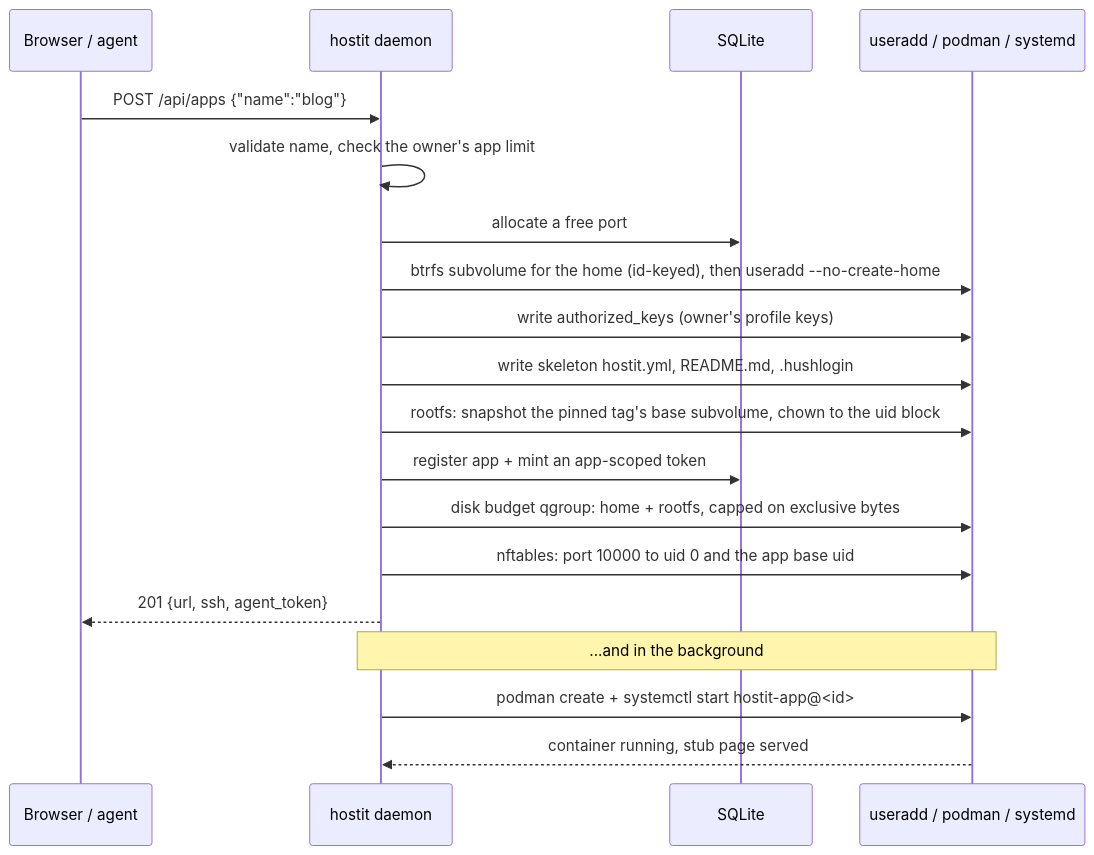
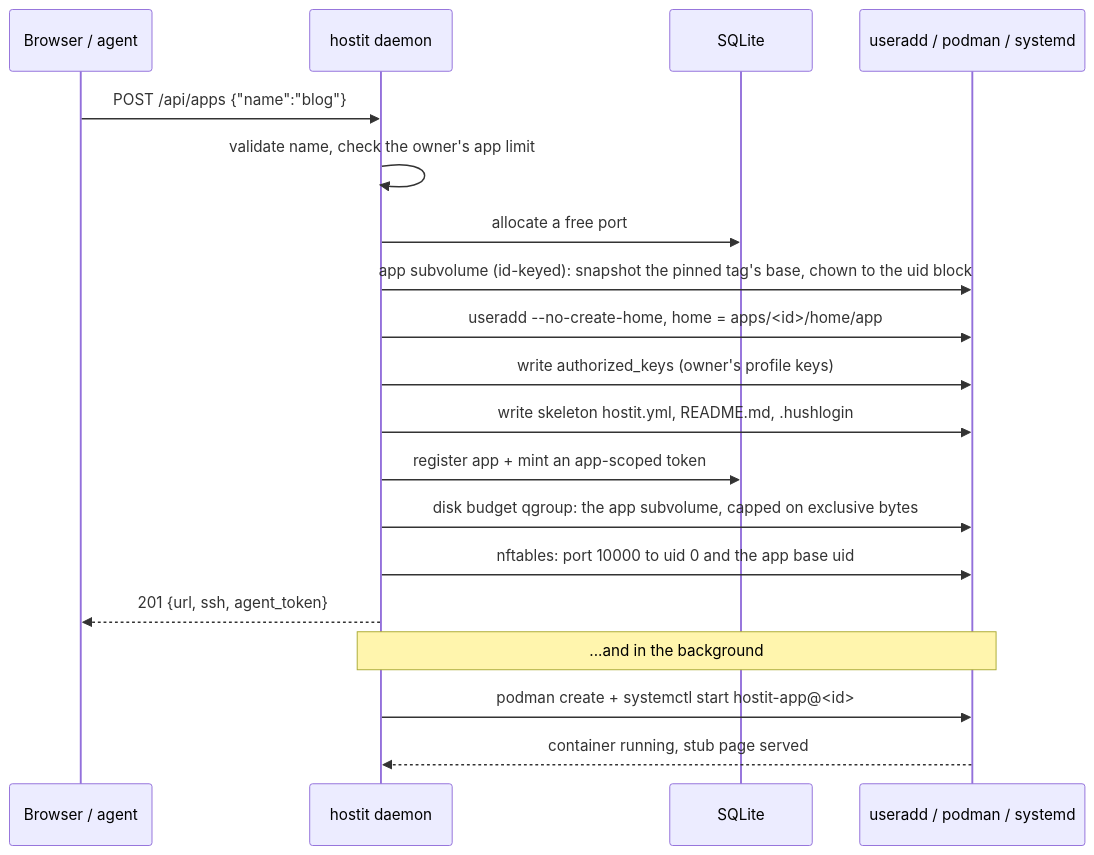
Before and after one commit to binwiederhier/hostit: the second of 5 diagrams in docs/architecture/flows.md, drawn with Mermaid. The commit also changed other lines of this file and 21 other files, not shown here.

````diff
--- a/docs/architecture/flows.md
+++ b/docs/architecture/flows.md
@@ -49,23 +52,23 @@
 ```mermaid
 sequenceDiagram
     participant U as Browser / agent
     participant D as hostit daemon
     participant S as SQLite
     participant OS as useradd / podman / systemd
 
     U->>D: POST /api/apps {"name":"blog"}
     D->>D: validate name, check the owner's app limit
     D->>S: allocate a free port
-    D->>OS: btrfs subvolume for the home (id-keyed), then useradd --no-create-home
+    D->>OS: app subvolume (id-keyed): snapshot the pinned tag's base, chown to the uid block
+    D->>OS: useradd --no-create-home, home = apps/<id>/home/app
     D->>OS: write authorized_keys (owner's profile keys)
     D->>OS: write skeleton hostit.yml, README.md, .hushlogin
-    D->>OS: rootfs: snapshot the pinned tag's base subvolume, chown to the uid block
     D->>S: register app + mint an app-scoped token
-    D->>OS: disk budget qgroup: home + rootfs, capped on exclusive bytes
+    D->>OS: disk budget qgroup: the app subvolume, capped on exclusive bytes
     D->>OS: nftables: port 10000 to uid 0 and the app base uid
     D-->>U: 201 {url, ssh, agent_token}
 
     Note over D,OS: ...and in the background
     D->>OS: podman create + systemctl start hostit-app@<id>
     OS-->>D: container running, stub page served
 ```
````
